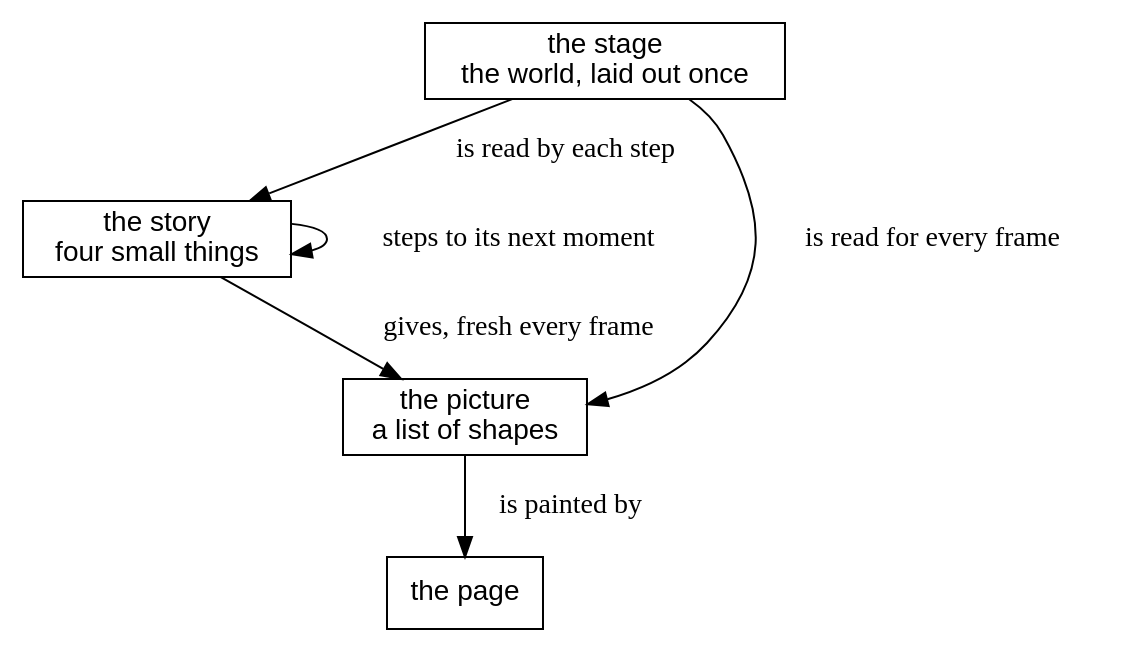
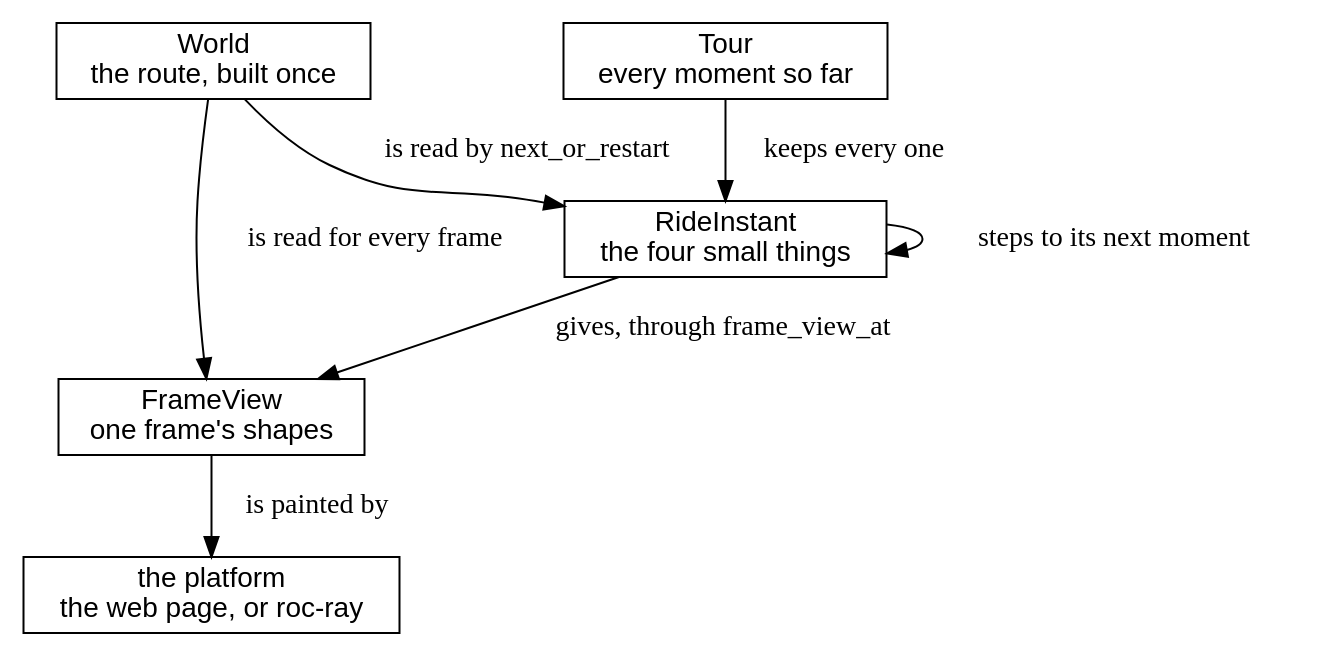
One commit to showell/roc-apps changed the first of 29 diagrams in canvas_apps/safari/tutorial/tutorial.md. Above: the diagram before and after it, drawn with Graphviz. The commit also changed other lines of this file, not shown here.

Commit message:
safari book: A small story, a rich picture, a clean rewrite with the five answers

````diff
--- a/canvas_apps/safari/tutorial/tutorial.md
+++ b/canvas_apps/safari/tutorial/tutorial.md
@@ -55,14 +81,16 @@
 ```dot
 digraph design {
   node [shape=box, fontname="Helvetica"];
-  stage [label="the stage\nthe world, laid out once"];
-  story [label="the story\nfour small things"];
-  picture [label="the picture\na list of shapes"];
-  page [label="the page"];
-  stage -> story [label="  is read by each step"];
-  story -> story [label="  steps to its next moment"];
-  stage -> picture [label="  is read for every frame"];
-  story -> picture [label="  gives, fresh every frame"];
-  picture -> page [label="  is painted by"];
+  world [label="World\nthe route, built once"];
+  instant [label="RideInstant\nthe four small things"];
+  tour [label="Tour\nevery moment so far"];
+  frame [label="FrameView\none frame's shapes"];
+  platform [label="the platform\nthe web page, or roc-ray"];
+  world -> instant [label="  is read by next_or_restart"];
+  instant -> instant [label="  steps to its next moment"];
+  tour -> instant [label="  keeps every one"];
+  world -> frame [label="  is read for every frame"];
+  instant -> frame [label="  gives, through frame_view_at"];
+  frame -> platform [label="  is painted by"];
 }
 ```
````
